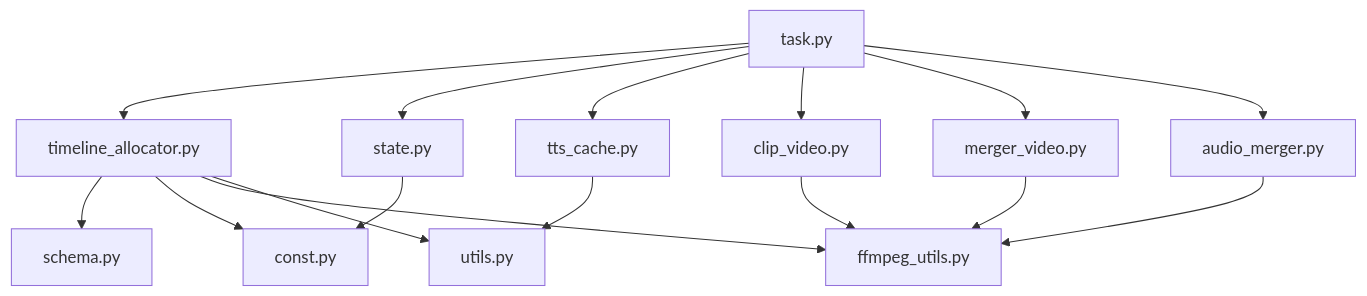
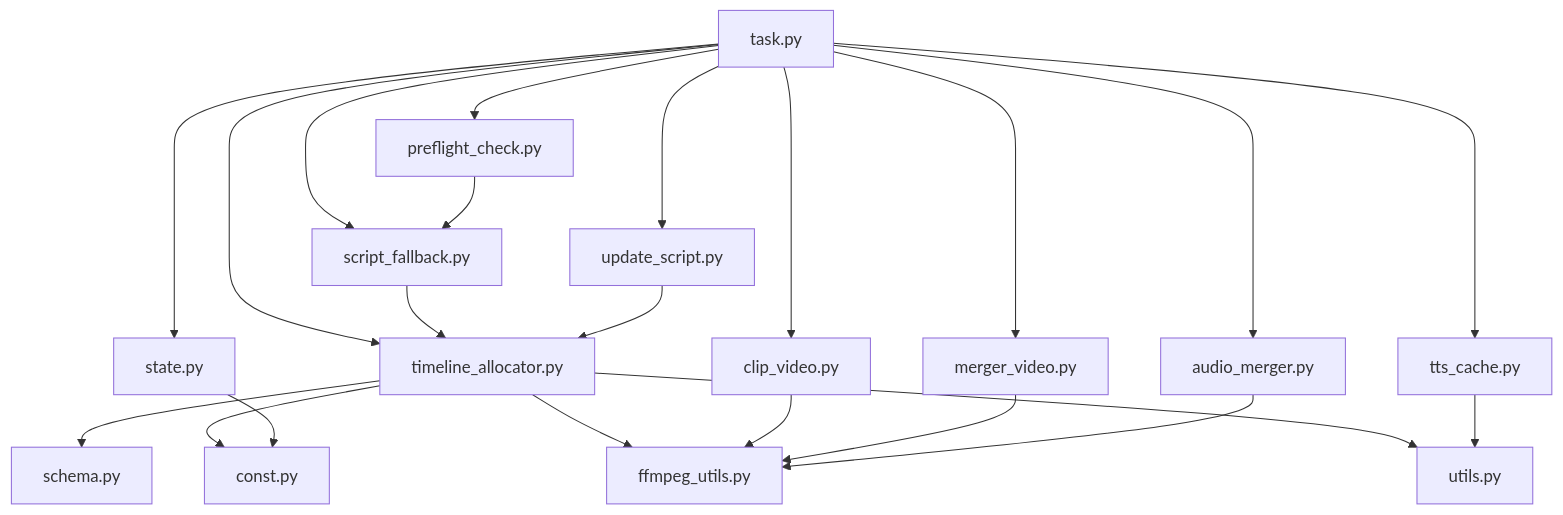
One commit to wowoduang/AIVideoClaude changed diagram 12 of 12 in .qoder/repowiki/zh/content/核心功能/视频处理服务/时间线分配器.md. Above: the diagram before and after it, drawn with Mermaid. The commit also changed other lines of this file and 26 other files, not shown here.

````diff
--- a/.qoder/repowiki/zh/content/核心功能/视频处理服务/时间线分配器.md
+++ b/.qoder/repowiki/zh/content/核心功能/视频处理服务/时间线分配器.md
@@ -357,18 +432,24 @@
 ```mermaid
 graph TB
 TA[timeline_allocator.py] --> SC[schema.py]
 TA --> CT[const.py]
 TA --> FU[ffmpeg_utils.py]
 TA --> UT[utils.py]
 Task[task.py] --> TA
 Task --> TS[state.py]
 Task --> TC[tts_cache.py]
 Task --> CV[clip_video.py]
 Task --> MV[merger_video.py]
 Task --> AM[audio_merger.py]
+Task --> SF[script_fallback.py]
+Task --> US[update_script.py]
+Task --> PC[preflight_check.py]
 TS --> CT
 TC --> UT
 CV --> FU
 MV --> FU
 AM --> FU
+SF --> TA
+US --> TA
+PC --> SF
 ```
````
